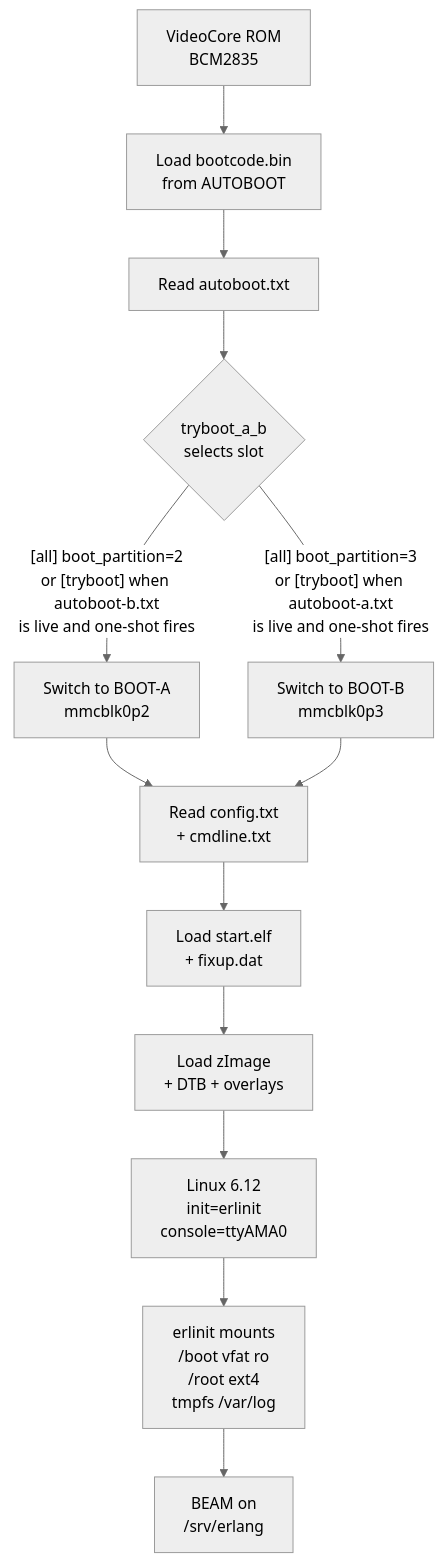
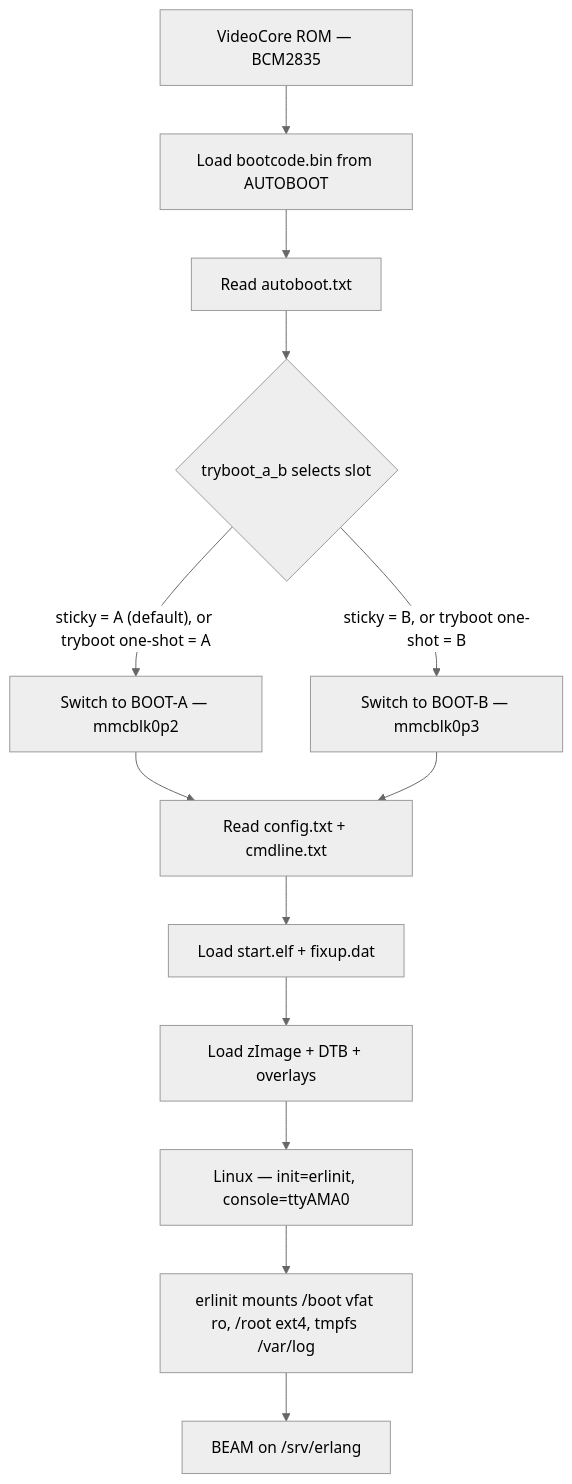
One commit to grisp/grisp_alloy changed the second of 7 diagrams in docs/system_rpi0w.md. Above: the diagram before and after it, drawn with Mermaid (neutral theme). The commit also changed other lines of this file and 1 other file, not shown here.

````diff
--- a/docs/system_rpi0w.md
+++ b/docs/system_rpi0w.md
@@ -101,22 +101,22 @@
 ```mermaid
 flowchart TD
-    ROM["VideoCore ROM<br/>BCM2835"]
-    BC["Load bootcode.bin<br/>from AUTOBOOT"]
+    ROM["VideoCore ROM — BCM2835"]
+    BC["Load bootcode.bin from AUTOBOOT"]
     AT["Read autoboot.txt"]
-    DEC{"tryboot_a_b<br/>selects slot"}
-    BA["Switch to BOOT-A<br/>mmcblk0p2"]
-    BB["Switch to BOOT-B<br/>mmcblk0p3"]
-    CT["Read config.txt<br/>+ cmdline.txt"]
-    FW["Load start.elf<br/>+ fixup.dat"]
-    KN["Load zImage<br/>+ DTB + overlays"]
-    LIN["Linux 6.12<br/>init=erlinit<br/>console=ttyAMA0"]
-    EI["erlinit mounts<br/>/boot vfat ro<br/>/root ext4<br/>tmpfs /var/log"]
-    BEAM["BEAM on<br/>/srv/erlang"]
+    DEC{"tryboot_a_b selects slot"}
+    BA["Switch to BOOT-A — mmcblk0p2"]
+    BB["Switch to BOOT-B — mmcblk0p3"]
+    CT["Read config.txt + cmdline.txt"]
+    FW["Load start.elf + fixup.dat"]
+    KN["Load zImage + DTB + overlays"]
+    LIN["Linux — init=erlinit, console=ttyAMA0"]
+    EI["erlinit mounts /boot vfat ro, /root ext4, tmpfs /var/log"]
+    BEAM["BEAM on /srv/erlang"]
 
     ROM --> BC --> AT --> DEC
-    DEC -->|"[all] boot_partition=2<br/>or [tryboot] when autoboot-b.txt<br/>is live and one-shot fires"| BA
-    DEC -->|"[all] boot_partition=3<br/>or [tryboot] when autoboot-a.txt<br/>is live and one-shot fires"| BB
+    DEC -->|"sticky = A (default), or tryboot one-shot = A"| BA
+    DEC -->|"sticky = B, or tryboot one-shot = B"| BB
     BA --> CT
     BB --> CT
     CT --> FW --> KN --> LIN --> EI --> BEAM
 ```
````
